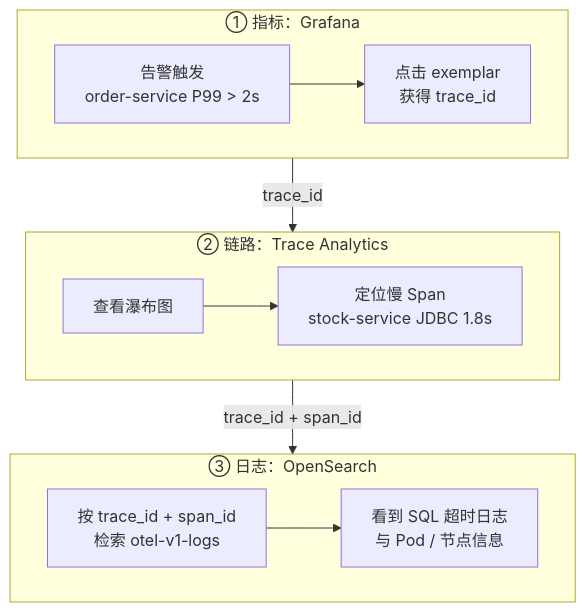
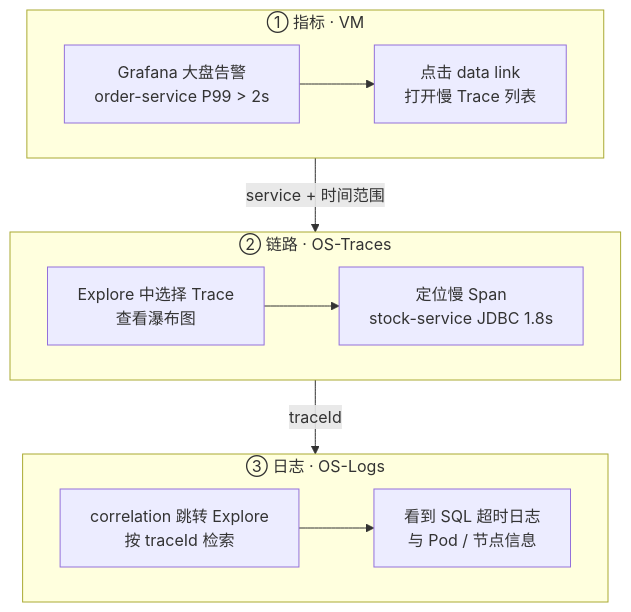
Diagram 13 of 19 in observability/docs/otel-observability-architecture.md (fatfatcd/myInfra), drawn with Mermaid before and after one commit. The commit also changed other lines of this file and 65 other files, not shown here.

````diff
--- a/observability/docs/otel-observability-architecture.md
+++ b/observability/docs/otel-observability-architecture.md
@@ -607,17 +881,17 @@
 ```mermaid
 flowchart TB
-    subgraph s1["① 指标：Grafana"]
+    subgraph s1["① 指标 · VM"]
         direction LR
-        a["告警触发<br/>order-service P99 > 2s"] --> b["点击 exemplar<br/>获得 trace_id"]
+        a["Grafana 大盘告警<br/>order-service P99 > 2s"] --> b["点击 data link<br/>打开慢 Trace 列表"]
     end
-    subgraph s2["② 链路：Trace Analytics"]
+    subgraph s2["② 链路 · OS-Traces"]
         direction LR
-        c["查看瀑布图"] --> d["定位慢 Span<br/>stock-service JDBC 1.8s"]
+        c["Explore 中选择 Trace<br/>查看瀑布图"] --> d["定位慢 Span<br/>stock-service JDBC 1.8s"]
     end
-    subgraph s3["③ 日志：OpenSearch"]
+    subgraph s3["③ 日志 · OS-Logs"]
         direction LR
-        e["按 trace_id + span_id<br/>检索 otel-v1-logs"] --> f["看到 SQL 超时日志<br/>与 Pod / 节点信息"]
+        e["correlation 跳转 Explore<br/>按 traceId 检索"] --> f["看到 SQL 超时日志<br/>与 Pod / 节点信息"]
     end
-    s1 -->|trace_id| s2
-    s2 -->|trace_id + span_id| s3
+    s1 -->|service + 时间范围| s2
+    s2 -->|traceId| s3
 ```
````
